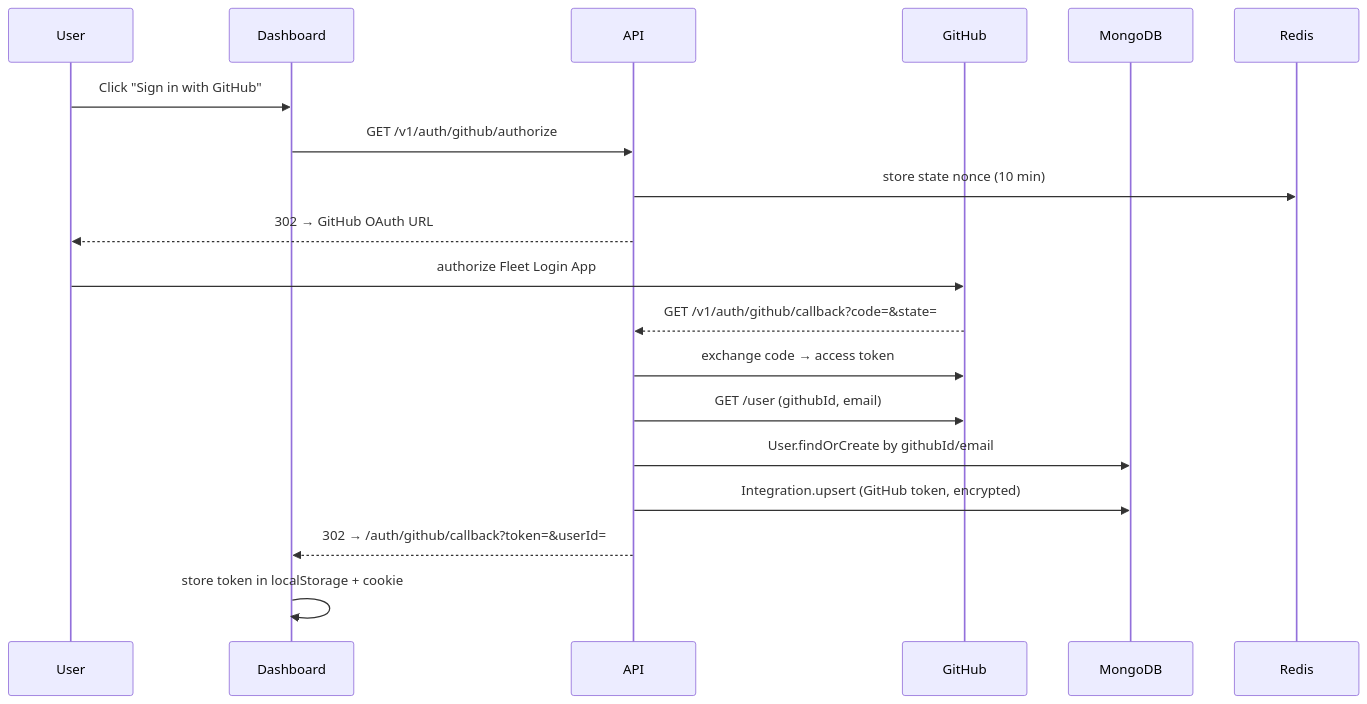
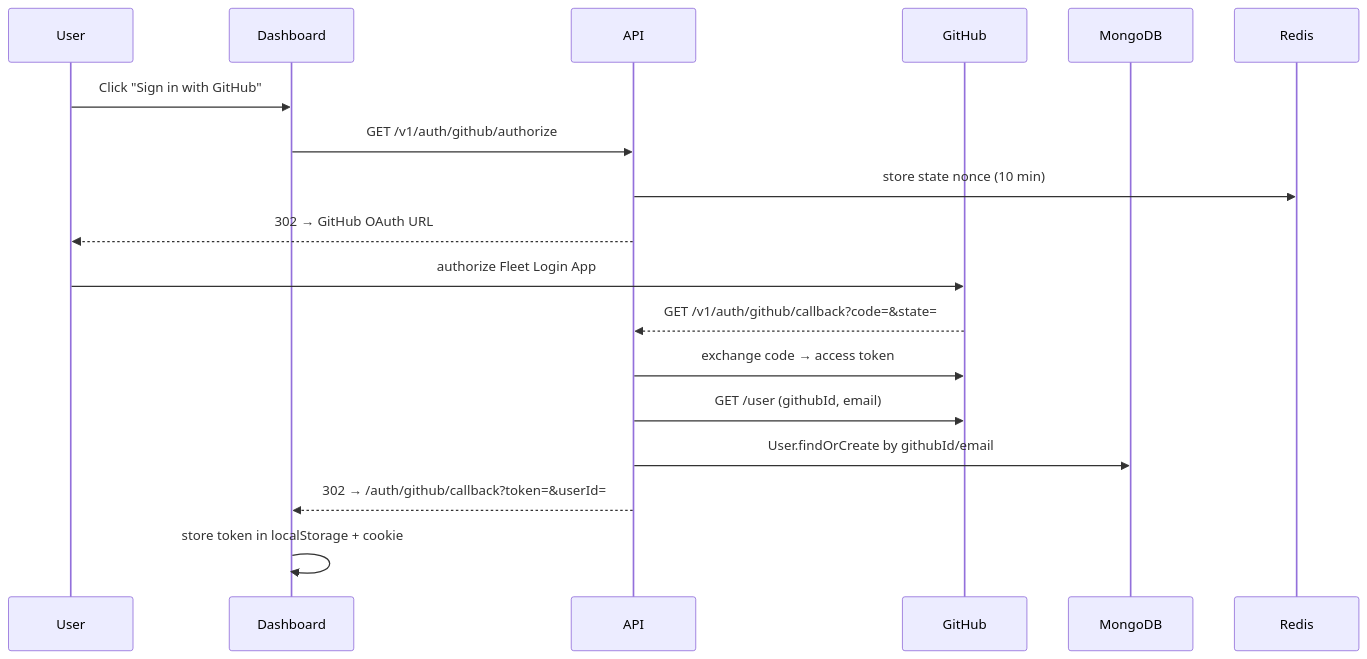
Before and after one commit to mondeep31/fleet: the third of 7 diagrams in docs/architecture.md, drawn with Mermaid. The commit also changed other lines of this file and 42 other files, not shown here.

````diff
--- a/docs/architecture.md
+++ b/docs/architecture.md
@@ -217,22 +225,21 @@
 ```mermaid
 sequenceDiagram
     participant User
     participant Dashboard
     participant API
     participant GitHub
     participant MongoDB
 
     User->>Dashboard: Click "Sign in with GitHub"
     Dashboard->>API: GET /v1/auth/github/authorize
     API->>Redis: store state nonce (10 min)
     API-->>User: 302 → GitHub OAuth URL
 
     User->>GitHub: authorize Fleet Login App
     GitHub-->>API: GET /v1/auth/github/callback?code=&state=
     API->>GitHub: exchange code → access token
     API->>GitHub: GET /user (githubId, email)
     API->>MongoDB: User.findOrCreate by githubId/email
-    API->>MongoDB: Integration.upsert (GitHub token, encrypted)
     API-->>Dashboard: 302 → /auth/github/callback?token=&userId=
     Dashboard->>Dashboard: store token in localStorage + cookie
 ```
````
